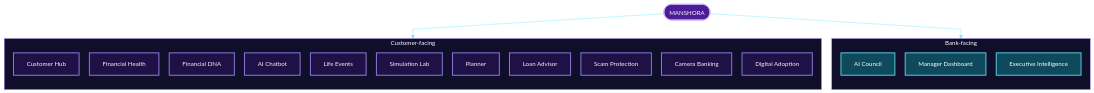
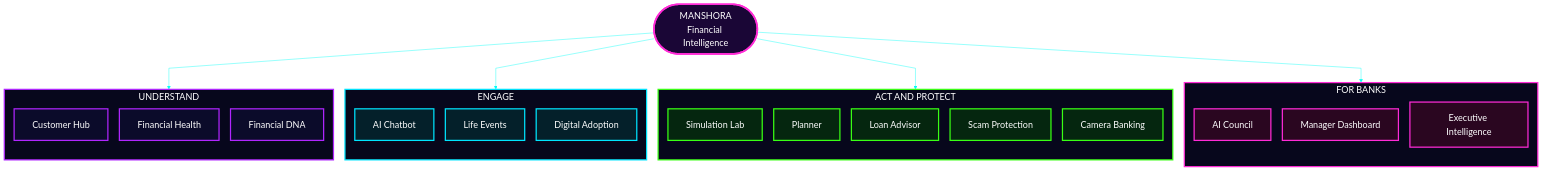
The fourth of 17 diagrams in README.md (Mansi232323/MANSHORA), drawn with Mermaid before and after one commit. The commit also changed other lines of this file, not shown here.

````diff
--- a/README.md
+++ b/README.md
@@ -186,33 +203,49 @@
 ```mermaid
-%%{init: {'theme':'base','themeVariables':{'fontSize':'15px','fontFamily':'Arial, Helvetica, sans-serif','primaryColor':'#1e1145','primaryTextColor':'#f5f3ff','primaryBorderColor':'#a78bfa','lineColor':'#67e8f9','textColor':'#f5f3ff','edgeLabelBackground':'#1e1145','clusterBkg':'#0f0f2b','clusterBorder':'#a78bfa'},'flowchart':{'htmlLabels':true,'nodeSpacing':25,'rankSpacing':45,'padding':16,'curve':'linear'}}}%%
+%%{init: {'theme':'base','themeVariables':{'fontSize':'22px','fontFamily':'Arial, Helvetica, sans-serif','primaryColor':'#0b0b2a','primaryTextColor':'#ffffff','primaryBorderColor':'#b026ff','lineColor':'#00fff7','textColor':'#ffffff','edgeLabelBackground':'#0b0b2a','clusterBkg':'#07071c','clusterBorder':'#00fff7'},'flowchart':{'htmlLabels':true,'nodeSpacing':28,'rankSpacing':70,'padding':22,'curve':'linear'}}}%%
 flowchart TB
-    R(["MANSHORA"])
-    R --> CF
-    R --> BF
-    subgraph CF["Customer-facing"]
+    R(["MANSHORA<br/>Financial Intelligence"])
+    R --> U
+    R --> E
+    R --> A
+    R --> BK
+    subgraph U["UNDERSTAND"]
         direction TB
         c1["Customer Hub"]
         c2["Financial Health"]
         c3["Financial DNA"]
+    end
+    subgraph E["ENGAGE"]
+        direction TB
         c4["AI Chatbot"]
         c5["Life Events"]
+        c11["Digital Adoption"]
+    end
+    subgraph A["ACT AND PROTECT"]
+        direction TB
         c6["Simulation Lab"]
         c7["Planner"]
         c8["Loan Advisor"]
         c9["Scam Protection"]
         c10["Camera Banking"]
-        c11["Digital Adoption"]
     end
-    subgraph BF["Bank-facing"]
+    subgraph BK["FOR BANKS"]
         direction TB
         b1["AI Council"]
         b2["Manager Dashboard"]
         b3["Executive Intelligence"]
     end
-    classDef root fill:#4c1d95,stroke:#c4b5fd,stroke-width:2px,color:#ffffff
-    classDef cust fill:#1e1145,stroke:#a78bfa,stroke-width:2px,color:#f5f3ff
-    classDef bank fill:#0e4a5c,stroke:#67e8f9,stroke-width:2px,color:#ffffff
+    classDef root fill:#1a0636,stroke:#ff2bd6,stroke-width:4px,color:#ffffff
+    classDef und fill:#0b0b2a,stroke:#b026ff,stroke-width:3px,color:#ffffff
+    classDef eng fill:#04202a,stroke:#00e5ff,stroke-width:3px,color:#ffffff
+    classDef act fill:#05260f,stroke:#39ff14,stroke-width:3px,color:#ffffff
+    classDef bank fill:#2a0620,stroke:#ff2bd6,stroke-width:3px,color:#ffffff
     class R root
-    class c1,c2,c3,c4,c5,c6,c7,c8,c9,c10,c11 cust
+    class c1,c2,c3 und
+    class c4,c5,c11 eng
+    class c6,c7,c8,c9,c10 act
     class b1,b2,b3 bank
+    style U fill:#07071c,stroke:#b026ff,stroke-width:3px
+    style E fill:#07071c,stroke:#00e5ff,stroke-width:3px
+    style A fill:#07071c,stroke:#39ff14,stroke-width:3px
+    style BK fill:#07071c,stroke:#ff2bd6,stroke-width:3px
 ```
````
